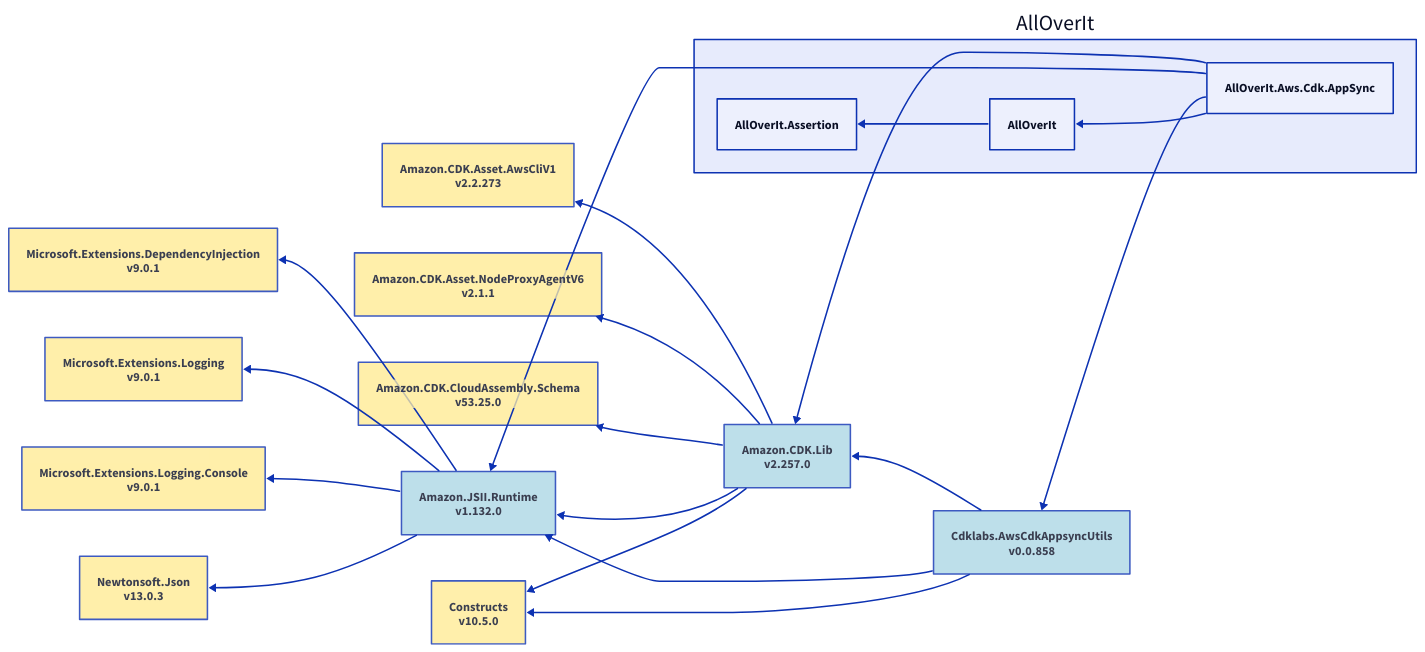
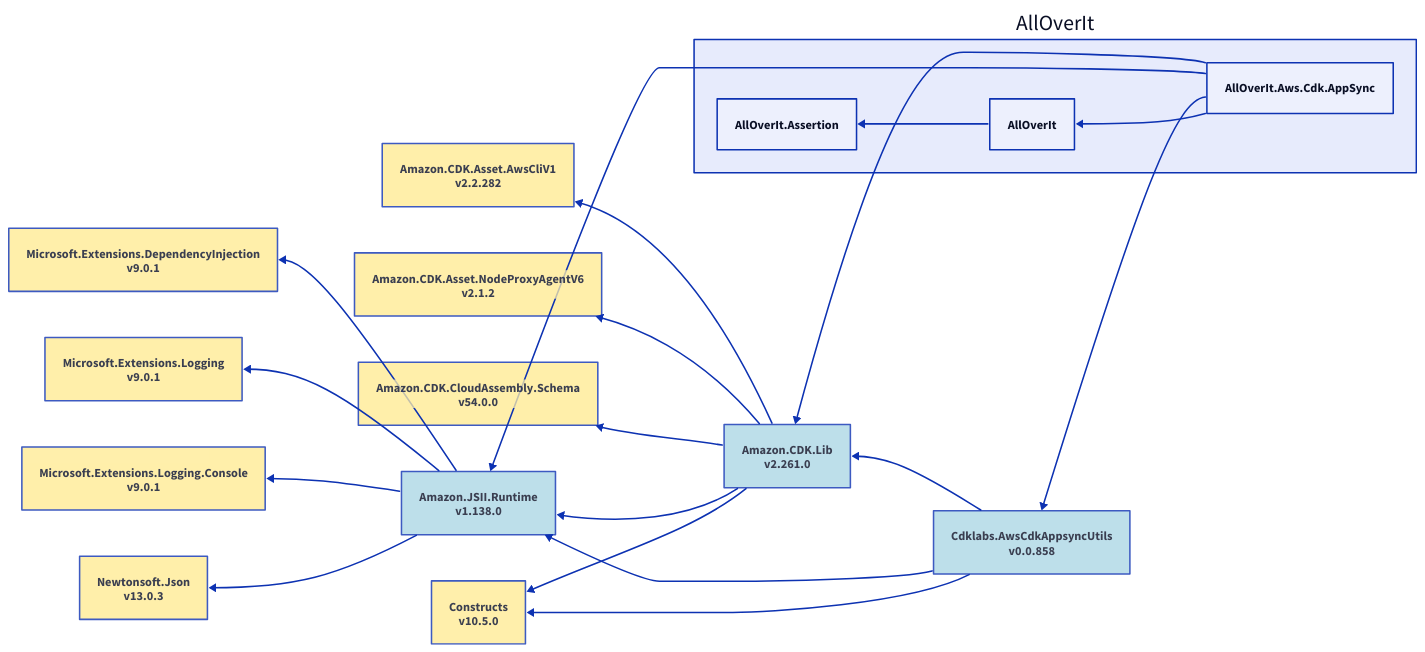
One commit to mjfreelancing/AllOverIt changed the diagram in Docs/Reference/Content/images/dependencies/net10.0/d2/alloverit-aws-cdk-appsync.d2. Above: the diagram before and after it, drawn with D2. The commit also changed 249 other files, not shown here.

```diff
--- a/Docs/Reference/Content/images/dependencies/net10.0/d2/alloverit-aws-cdk-appsync.d2
+++ b/Docs/Reference/Content/images/dependencies/net10.0/d2/alloverit-aws-cdk-appsync.d2
@@ -1,58 +1,58 @@
 direction: left
 
 aoi: AllOverIt
 aoi.alloverit-aws-cdk-appsync: AllOverIt.Aws.Cdk.AppSync
-amazon-cdk-lib_2-257-0: Amazon.CDK.Lib\nv2.257.0
-amazon-cdk-asset-awscliv1_2-2-273: Amazon.CDK.Asset.AwsCliV1\nv2.2.273
-amazon-cdk-asset-nodeproxyagentv6_2-1-1: Amazon.CDK.Asset.NodeProxyAgentV6\nv2.1.1
-amazon-cdk-cloudassembly-schema_53-25-0: Amazon.CDK.CloudAssembly.Schema\nv53.25.0
-amazon-jsii-runtime_1-132-0: Amazon.JSII.Runtime\nv1.132.0
+amazon-cdk-lib_2-261-0: Amazon.CDK.Lib\nv2.261.0
+amazon-cdk-asset-awscliv1_2-2-282: Amazon.CDK.Asset.AwsCliV1\nv2.2.282
+amazon-cdk-asset-nodeproxyagentv6_2-1-2: Amazon.CDK.Asset.NodeProxyAgentV6\nv2.1.2
+amazon-cdk-cloudassembly-schema_54-0-0: Amazon.CDK.CloudAssembly.Schema\nv54.0.0
+amazon-jsii-runtime_1-138-0: Amazon.JSII.Runtime\nv1.138.0
 constructs_10-5-0: Constructs\nv10.5.0
 microsoft-extensions-dependencyinjection_9-0-1: Microsoft.Extensions.DependencyInjection\nv9.0.1
 microsoft-extensions-logging_9-0-1: Microsoft.Extensions.Logging\nv9.0.1
 microsoft-extensions-logging-console_9-0-1: Microsoft.Extensions.Logging.Console\nv9.0.1
 newtonsoft-json_13-0-3: Newtonsoft.Json\nv13.0.3
 cdklabs-awscdkappsyncutils_0-0-858: Cdklabs.AwsCdkAppsyncUtils\nv0.0.858
 aoi.alloverit: AllOverIt
 aoi.alloverit-assertion: AllOverIt.Assertion
-amazon-cdk-lib_2-257-0 <- aoi.alloverit-aws-cdk-appsync
-amazon-cdk-asset-awscliv1_2-2-273 <- amazon-cdk-lib_2-257-0
-amazon-cdk-asset-nodeproxyagentv6_2-1-1 <- amazon-cdk-lib_2-257-0
-amazon-cdk-cloudassembly-schema_53-25-0 <- amazon-cdk-lib_2-257-0
-amazon-jsii-runtime_1-132-0 <- amazon-cdk-lib_2-257-0
-constructs_10-5-0 <- amazon-cdk-lib_2-257-0
-amazon-jsii-runtime_1-132-0 <- aoi.alloverit-aws-cdk-appsync
-microsoft-extensions-dependencyinjection_9-0-1 <- amazon-jsii-runtime_1-132-0
-microsoft-extensions-logging_9-0-1 <- amazon-jsii-runtime_1-132-0
-microsoft-extensions-logging-console_9-0-1 <- amazon-jsii-runtime_1-132-0
-newtonsoft-json_13-0-3 <- amazon-jsii-runtime_1-132-0
+amazon-cdk-lib_2-261-0 <- aoi.alloverit-aws-cdk-appsync
+amazon-cdk-asset-awscliv1_2-2-282 <- amazon-cdk-lib_2-261-0
+amazon-cdk-asset-nodeproxyagentv6_2-1-2 <- amazon-cdk-lib_2-261-0
+amazon-cdk-cloudassembly-schema_54-0-0 <- amazon-cdk-lib_2-261-0
+amazon-jsii-runtime_1-138-0 <- amazon-cdk-lib_2-261-0
+constructs_10-5-0 <- amazon-cdk-lib_2-261-0
+amazon-jsii-runtime_1-138-0 <- aoi.alloverit-aws-cdk-appsync
+microsoft-extensions-dependencyinjection_9-0-1 <- amazon-jsii-runtime_1-138-0
+microsoft-extensions-logging_9-0-1 <- amazon-jsii-runtime_1-138-0
+microsoft-extensions-logging-console_9-0-1 <- amazon-jsii-runtime_1-138-0
+newtonsoft-json_13-0-3 <- amazon-jsii-runtime_1-138-0
 cdklabs-awscdkappsyncutils_0-0-858 <- aoi.alloverit-aws-cdk-appsync
-amazon-cdk-lib_2-257-0 <- cdklabs-awscdkappsyncutils_0-0-858
-amazon-jsii-runtime_1-132-0 <- cdklabs-awscdkappsyncutils_0-0-858
+amazon-cdk-lib_2-261-0 <- cdklabs-awscdkappsyncutils_0-0-858
+amazon-jsii-runtime_1-138-0 <- cdklabs-awscdkappsyncutils_0-0-858
 constructs_10-5-0 <- cdklabs-awscdkappsyncutils_0-0-858
 aoi.alloverit <- aoi.alloverit-aws-cdk-appsync
 aoi.alloverit-assertion <- aoi.alloverit
-amazon-cdk-lib_2-257-0.style.fill: "#ADD8E6"
-amazon-cdk-lib_2-257-0.style.opacity: 0.8
-amazon-cdk-asset-awscliv1_2-2-273.style.fill: "#FFEC96"
-amazon-cdk-asset-awscliv1_2-2-273.style.opacity: 0.8
-amazon-cdk-asset-nodeproxyagentv6_2-1-1.style.fill: "#FFEC96"
-amazon-cdk-asset-nodeproxyagentv6_2-1-1.style.opacity: 0.8
-amazon-cdk-cloudassembly-schema_53-25-0.style.fill: "#FFEC96"
-amazon-cdk-cloudassembly-schema_53-25-0.style.opacity: 0.8
-amazon-jsii-runtime_1-132-0.style.fill: "#ADD8E6"
-amazon-jsii-runtime_1-132-0.style.opacity: 0.8
+amazon-cdk-lib_2-261-0.style.fill: "#ADD8E6"
+amazon-cdk-lib_2-261-0.style.opacity: 0.8
+amazon-cdk-asset-awscliv1_2-2-282.style.fill: "#FFEC96"
+amazon-cdk-asset-awscliv1_2-2-282.style.opacity: 0.8
+amazon-cdk-asset-nodeproxyagentv6_2-1-2.style.fill: "#FFEC96"
+amazon-cdk-asset-nodeproxyagentv6_2-1-2.style.opacity: 0.8
+amazon-cdk-cloudassembly-schema_54-0-0.style.fill: "#FFEC96"
+amazon-cdk-cloudassembly-schema_54-0-0.style.opacity: 0.8
+amazon-jsii-runtime_1-138-0.style.fill: "#ADD8E6"
+amazon-jsii-runtime_1-138-0.style.opacity: 0.8
 constructs_10-5-0.style.fill: "#FFEC96"
 constructs_10-5-0.style.opacity: 0.8
 microsoft-extensions-dependencyinjection_9-0-1.style.fill: "#FFEC96"
 microsoft-extensions-dependencyinjection_9-0-1.style.opacity: 0.8
 microsoft-extensions-logging_9-0-1.style.fill: "#FFEC96"
 microsoft-extensions-logging_9-0-1.style.opacity: 0.8
 microsoft-extensions-logging-console_9-0-1.style.fill: "#FFEC96"
 microsoft-extensions-logging-console_9-0-1.style.opacity: 0.8
 newtonsoft-json_13-0-3.style.fill: "#FFEC96"
 newtonsoft-json_13-0-3.style.opacity: 0.8
 cdklabs-awscdkappsyncutils_0-0-858.style.fill: "#ADD8E6"
 cdklabs-awscdkappsyncutils_0-0-858.style.opacity: 0.8
 aoi.style.fill: "#E7EBFC"
 aoi.style.opacity: 1
```
